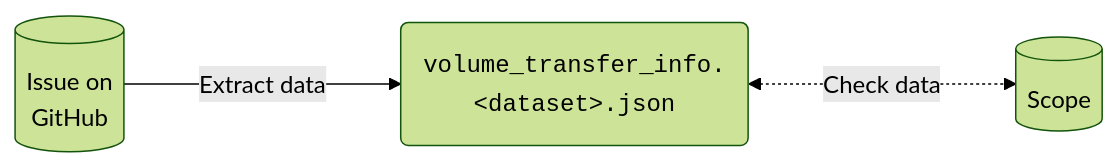
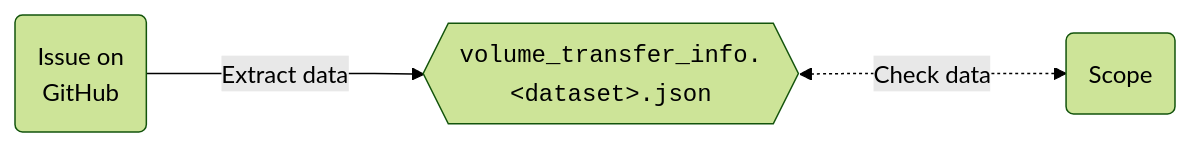
The first of 2 diagrams in doc/cellmap/steps/1_transfer.md (JaneliaSciComp/EM_recon_pipeline), drawn with Mermaid (forest theme) before and after one commit. The commit also changed other lines of this file, not shown here.

Commit message:
Update transfer doc on @trautmane's feedback

````diff
--- a/doc/cellmap/steps/1_transfer.md
+++ b/doc/cellmap/steps/1_transfer.md
@@ -6,9 +6,9 @@
 ```mermaid
 flowchart LR
-    github[(Issue on<br>GitHub)]
-    json(<tt>volume_transfer_info.&ltdataset&gt.json</tt>)
-    scope[(Scope)]
+    github(Issue on<br>GitHub)
+    json{{<tt>volume_transfer_info.&ltdataset&gt.json</tt>}}
+    scope(Scope)
     github-- Extract data --->json
     json<-. Check data ..->scope
     
 ```
````
